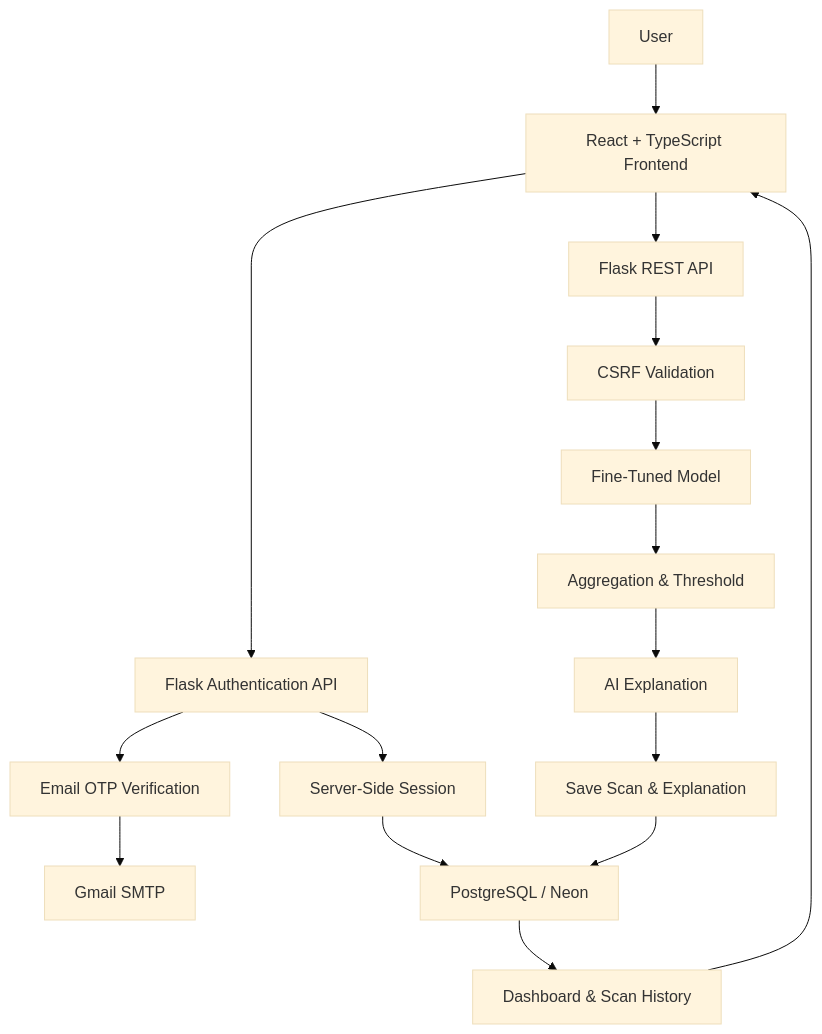
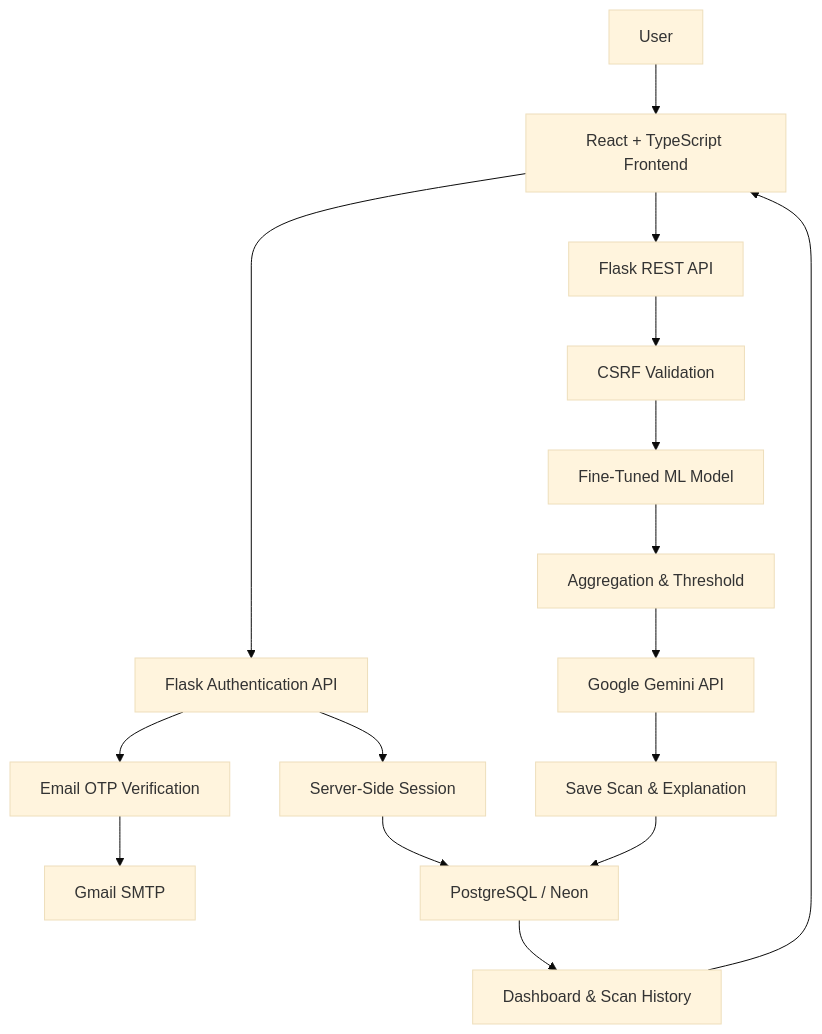
One commit to HadiaWaheed/VulneraAI changed the first of 2 diagrams in README.md. Above: the diagram before and after it, drawn with Mermaid (base theme). The commit also changed other lines of this file, not shown here.

````diff
--- a/README.md
+++ b/README.md
@@ -128,23 +211,24 @@
 ```mermaid
 flowchart TD
     User["User"] --> UI["React + TypeScript Frontend"]
 
     UI --> Auth["Flask Authentication API"]
     Auth --> OTP["Email OTP Verification"]
     OTP --> SMTP["Gmail SMTP"]
 
     Auth --> Session["Server-Side Session"]
     Session --> DB["PostgreSQL / Neon"]
 
     UI --> API["Flask REST API"]
     API --> CSRF["CSRF Validation"]
-    CSRF --> Model["Fine-Tuned Model"]
-    Model --> Rule["Aggregation & Threshold"]
-    Rule --> LLM["AI Explanation"]
+    CSRF --> Model["Fine-Tuned ML Model"]
+
+    Model --> Scoring["Aggregation & Threshold"]
+    Scoring --> LLM["Google Gemini API"]
 
     LLM --> Save["Save Scan & Explanation"]
     Save --> DB
 
     DB --> Dashboard["Dashboard & Scan History"]
     Dashboard --> UI
 ```
````
